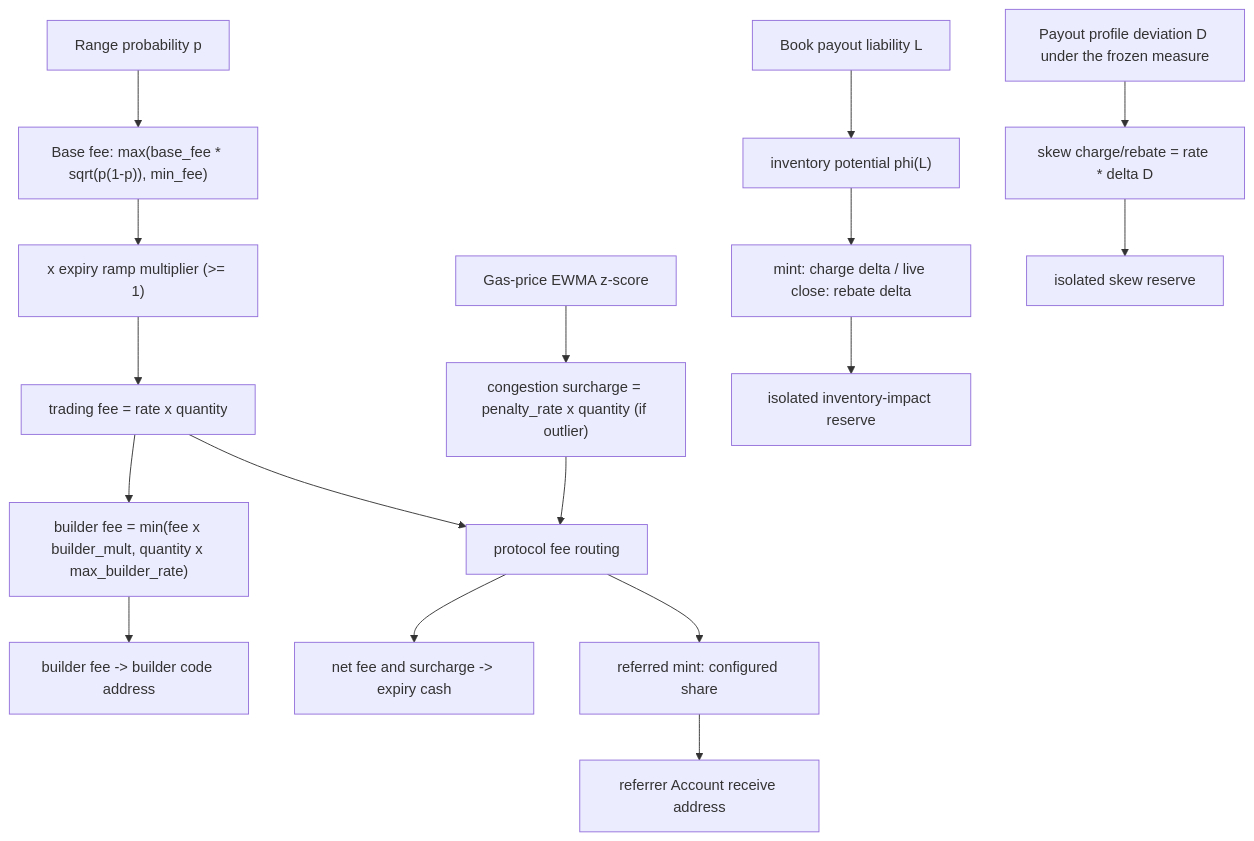
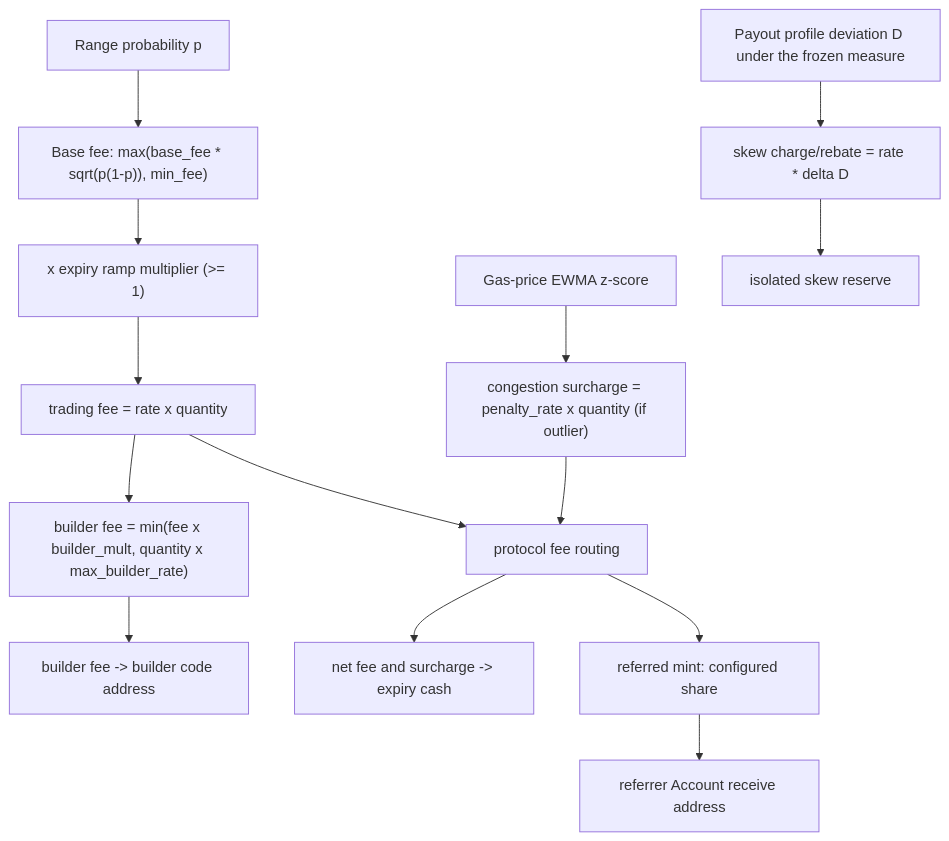
Before and after one commit to MystenLabs/deepbookv3: the diagram in packages/predict/docs/concepts/fees-and-rebates.md, drawn with Mermaid. The commit also changed other lines of this file and 34 other files, not shown here.

````diff
--- a/packages/predict/docs/concepts/fees-and-rebates.md
+++ b/packages/predict/docs/concepts/fees-and-rebates.md
@@ -176,19 +132,16 @@
 ```mermaid
 flowchart TD
     P[Range probability p] --> BF["Base fee: max(base_fee * sqrt(p(1-p)), min_fee)"]
     BF --> RAMP["x expiry ramp multiplier (>= 1)"]
     RAMP --> FEE[trading fee = rate x quantity]
     FEE --> BUILD["builder fee = min(fee x builder_mult, quantity x max_builder_rate)"]
     GAS[Gas-price EWMA z-score] --> CONG["congestion surcharge = penalty_rate x quantity (if outlier)"]
     BUILD --> BUILDER[builder fee -> builder code address]
     FEE --> ROUTE[protocol fee routing]
     CONG --> ROUTE
     ROUTE --> COLLECT[net fee and surcharge -> expiry cash]
     ROUTE --> REF[referred mint: configured share]
     REF --> RACCOUNT[referrer Account receive address]
-    L[Book payout liability L] --> PHI["inventory potential phi(L)"]
-    PHI --> IMPACT["mint: charge delta / live close: rebate delta"]
-    IMPACT --> IRESERVE[isolated inventory-impact reserve]
     D[Payout profile deviation D under the frozen measure] --> SKEW["skew charge/rebate = rate * delta D"]
     SKEW --> SRESERVE[isolated skew reserve]
 ```
````
